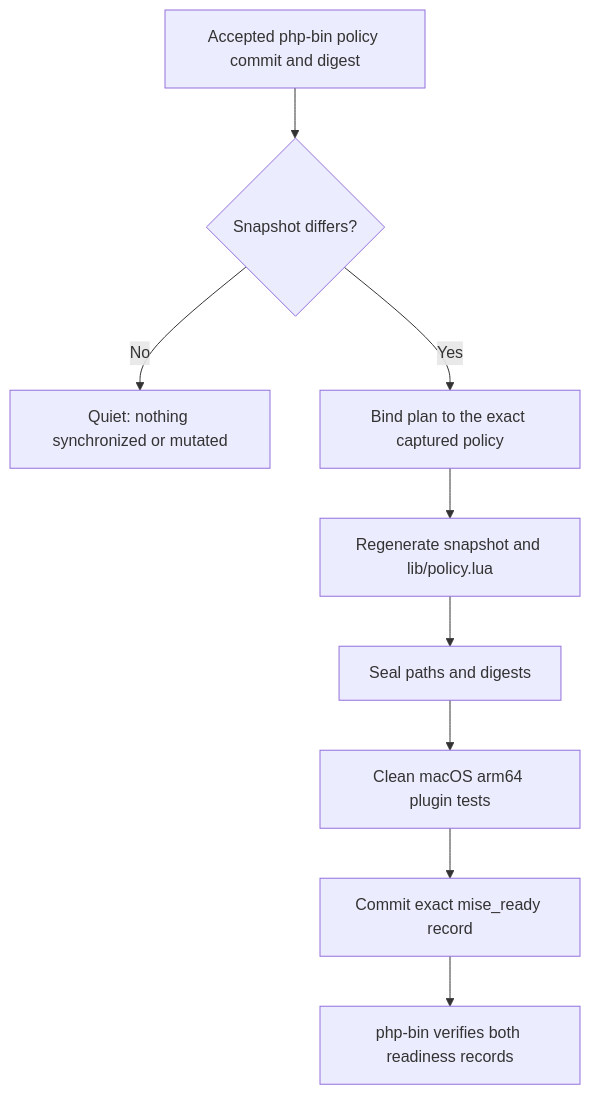
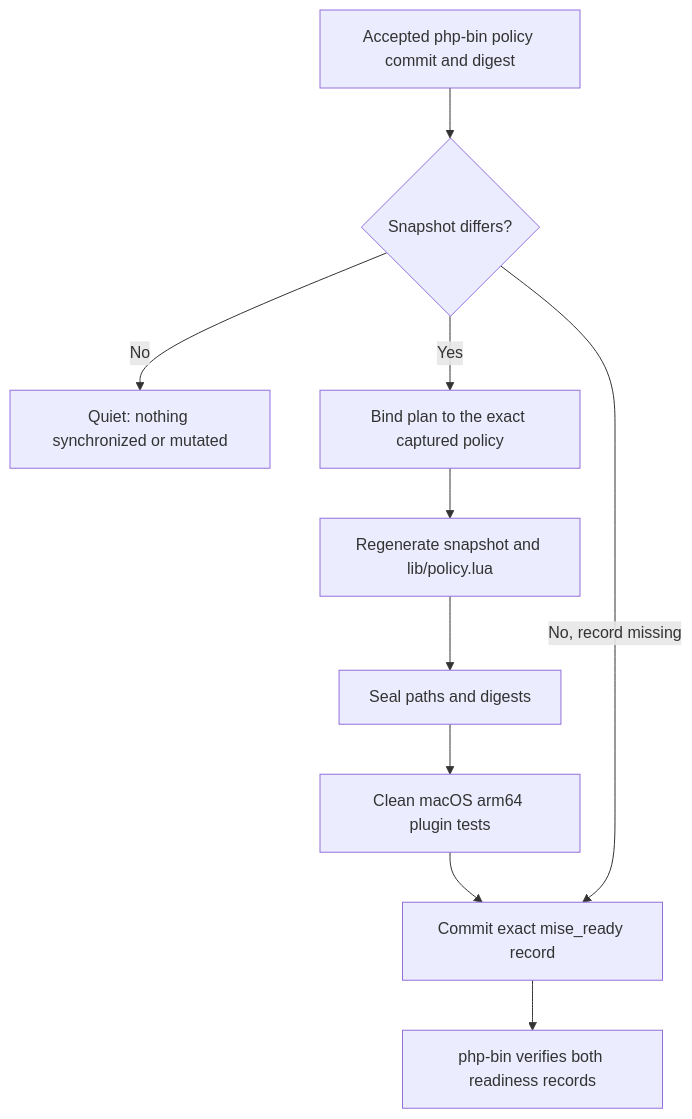
The first of 2 diagrams in AUTORELEASE.md (Bigpixelrocket/mise-php), drawn with Mermaid before and after one commit. The commit also changed other lines of this file and 11 other files, not shown here.

````diff
--- a/AUTORELEASE.md
+++ b/AUTORELEASE.md
@@ -37,11 +37,12 @@
 ```mermaid
 flowchart TD
   policy["Accepted php-bin policy commit and digest"] --> compare{"Snapshot differs?"}
   compare -- "No" --> quiet["Quiet: nothing synchronized or mutated"]
   compare -- "Yes" --> plan["Bind plan to the exact captured policy"]
   plan --> patch["Regenerate snapshot and lib/policy.lua"]
   patch --> seal["Seal paths and digests"]
   seal --> test["Clean macOS arm64 plugin tests"]
   test --> ready["Commit exact mise_ready record"]
   ready --> release["php-bin verifies both readiness records"]
+  compare -- "No, record missing" --> ready
 ```
````
